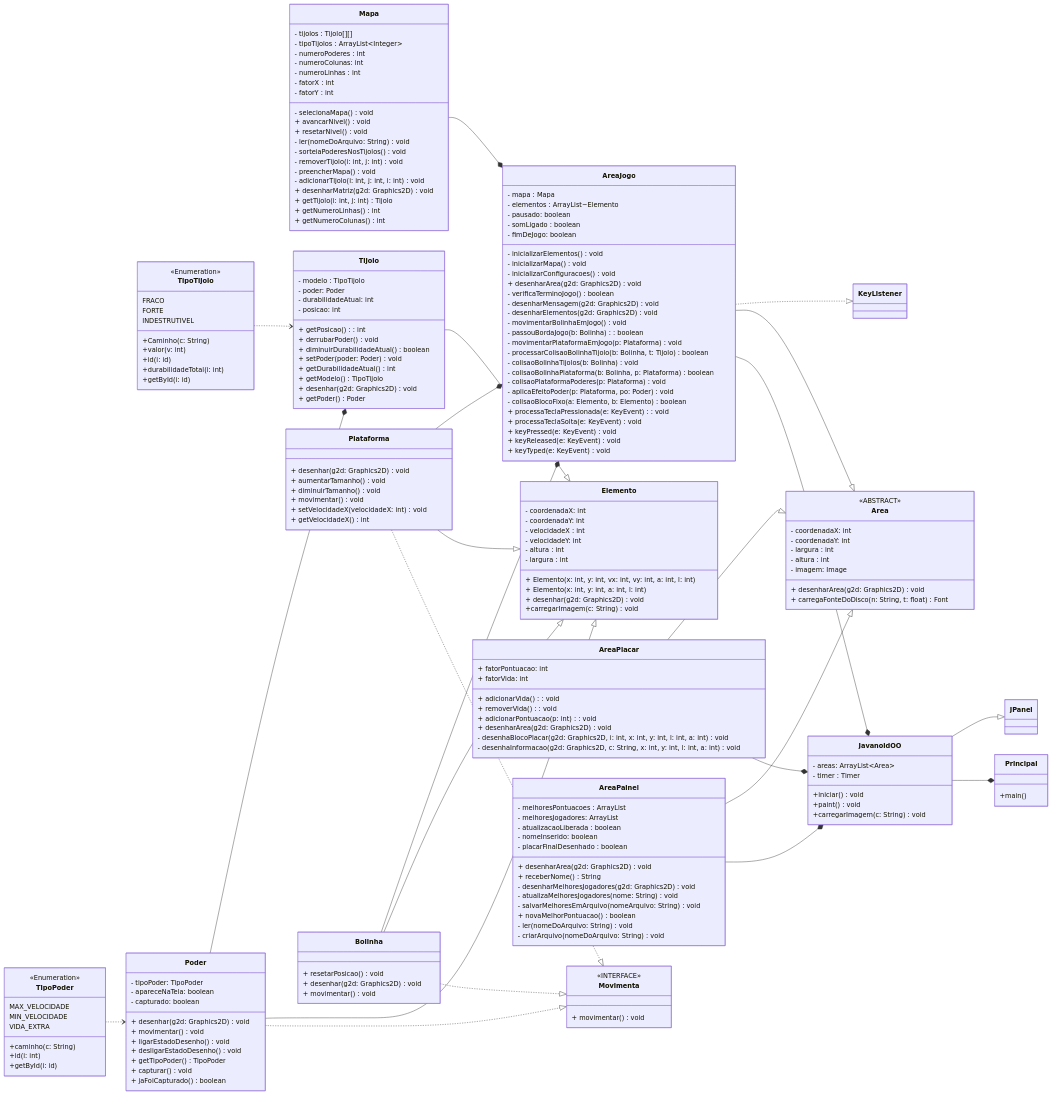
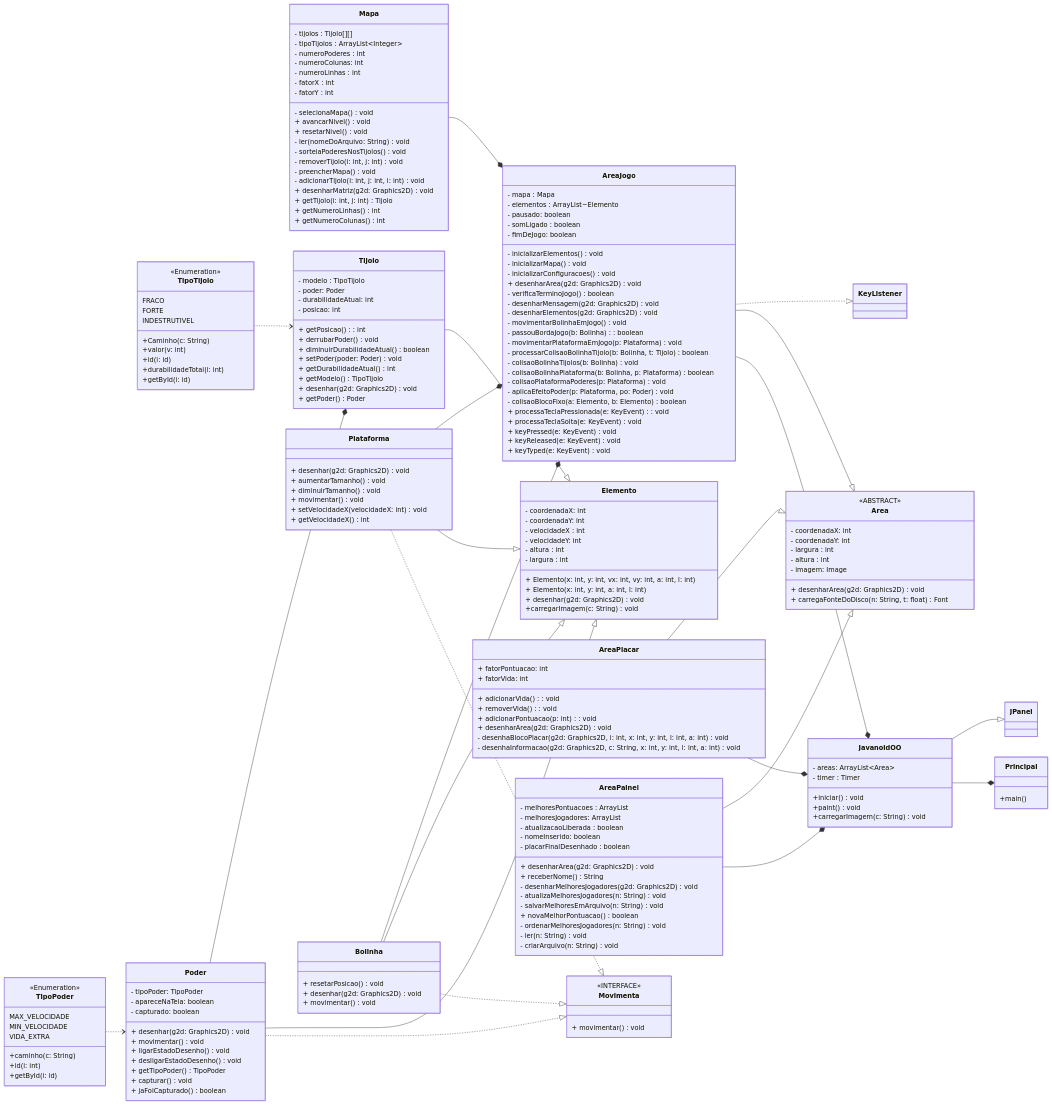
One commit to atugharajohn/JavanoidOO changed the diagram in readme.md. Above: the diagram before and after it, drawn with Mermaid. The commit also changed 3 other files, not shown here.

```diff
--- a/readme.md
+++ b/readme.md
@@ -290,11 +290,12 @@
         + desenharArea(g2d: Graphics2D)  void
         + receberNome() String
         - desenharMelhoresJogadores(g2d: Graphics2D) void
-        - atualizaMelhoresJogadores(nome: String) void
-        - salvarMelhoresEmArquivo(nomeArquivo: String) void
+        - atualizaMelhoresJogadores(n: String) void
+        - salvarMelhoresEmArquivo(n: String) void
         + novaMelhorPontuacao() boolean
-        - ler(nomeDoArquivo: String) void
-        - criarArquivo(nomeDoArquivo: String) void
+        - ordenarMelhoresJogadores(n: String) void
+        - ler(n: String) void
+        - criarArquivo(n: String) void
     }
 
 class AreaJogo {
```
